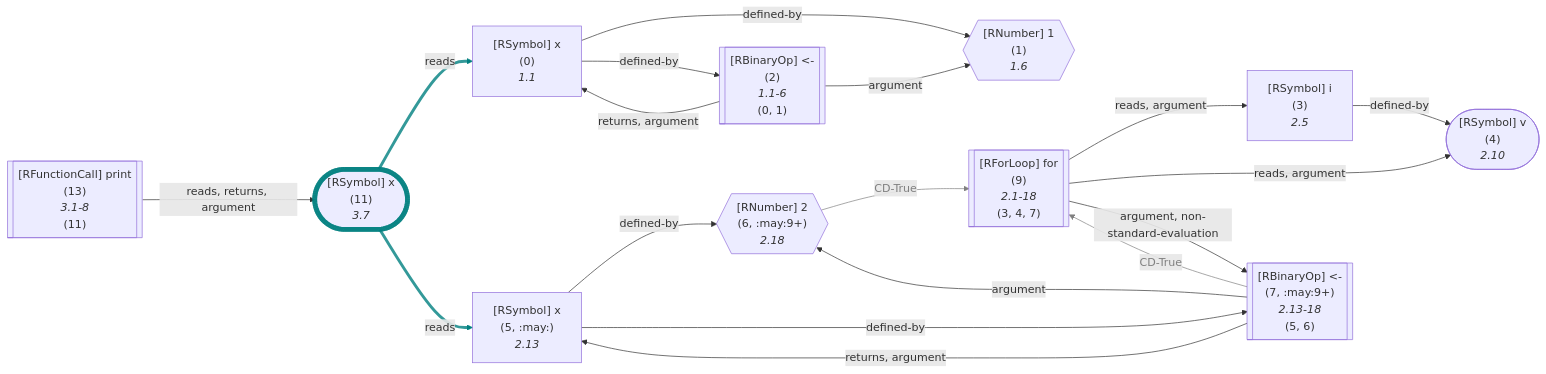
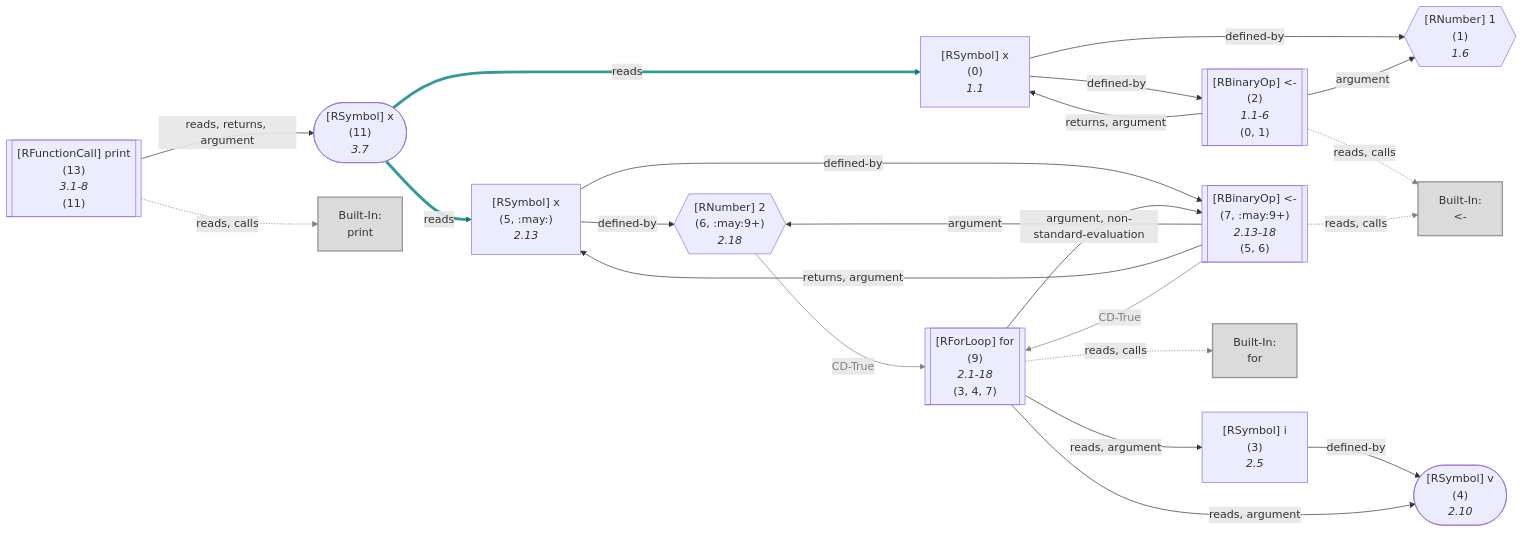
One commit to flowr-analysis/flowr changed the tenth of 51 diagrams in wiki/Dataflow Graph.md. Above: the diagram before and after it, drawn with Mermaid. The commit also changed other lines of this file and 339 other files, not shown here.

````diff
--- a/wiki/Dataflow Graph.md
+++ b/wiki/Dataflow Graph.md
@@ -950,62 +1013,78 @@
 ```mermaid
 flowchart LR
     1{{"`#91;RNumber#93; 1
       (1)
       *1.6*`"}}
     0["`#91;RSymbol#93; x
       (0)
       *1.1*`"]
     2[["`#91;RBinaryOp#93; #60;#45;
       (2)
       *1.1-6*
     (0, 1)`"]]
+    built-in:_-["`Built-In:
+#60;#45;`"]
+    style built-in:_- stroke:gray,fill:lightgray,stroke-width:2px,opacity:.8;
     3["`#91;RSymbol#93; i
       (3)
       *2.5*`"]
     4(["`#91;RSymbol#93; v
       (4)
       *2.10*`"])
     6{{"`#91;RNumber#93; 2
       (6, :may:9+)
       *2.18*`"}}
     5["`#91;RSymbol#93; x
       (5, :may:)
       *2.13*`"]
     7[["`#91;RBinaryOp#93; #60;#45;
       (7, :may:9+)
       *2.13-18*
     (5, 6)`"]]
     9[["`#91;RForLoop#93; for
       (9)
       *2.1-18*
     (3, 4, 7)`"]]
+    built-in:for["`Built-In:
+for`"]
+    style built-in:for stroke:gray,fill:lightgray,stroke-width:2px,opacity:.8;
     11(["`#91;RSymbol#93; x
       (11)
       *3.7*`"])
-    style 11 stroke:teal,stroke-width:7px,stroke-opacity:.8; 
     13[["`#91;RFunctionCall#93; print
       (13)
       *3.1-8*
     (11)`"]]
+    built-in:print["`Built-In:
+print`"]
+    style built-in:print stroke:gray,fill:lightgray,stroke-width:2px,opacity:.8;
     0 -->|"defined-by"| 1
     0 -->|"defined-by"| 2
     2 -->|"argument"| 1
     2 -->|"returns, argument"| 0
+    2 -.->|"reads, calls"| built-in:_-
+    linkStyle 4 stroke:gray;
     3 -->|"defined-by"| 4
     6 -->|"CD-True"| 9
-    linkStyle 5 stroke:gray,color:gray;
+    linkStyle 6 stroke:gray,color:gray;
     5 -->|"defined-by"| 6
     5 -->|"defined-by"| 7
     7 -->|"argument"| 6
     7 -->|"returns, argument"| 5
+    7 -.->|"reads, calls"| built-in:_-
+    linkStyle 11 stroke:gray;
     7 -->|"CD-True"| 9
-    linkStyle 10 stroke:gray,color:gray;
+    linkStyle 12 stroke:gray,color:gray;
     9 -->|"reads, argument"| 3
     9 -->|"reads, argument"| 4
     9 -->|"argument, non-standard-evaluation"| 7
+    9 -.->|"reads, calls"| built-in:for
+    linkStyle 16 stroke:gray;
     11 -->|"reads"| 0
-    linkStyle 14 stroke:teal,stroke-width:4.2px,stroke-opacity:.8
+    linkStyle 17 stroke:teal,stroke-width:4.2px,stroke-opacity:.8
     11 -->|"reads"| 5
-    linkStyle 15 stroke:teal,stroke-width:4.2px,stroke-opacity:.8
+    linkStyle 18 stroke:teal,stroke-width:4.2px,stroke-opacity:.8
     13 -->|"reads, returns, argument"| 11
+    13 -.->|"reads, calls"| built-in:print
+    linkStyle 20 stroke:gray;
 ```
````
